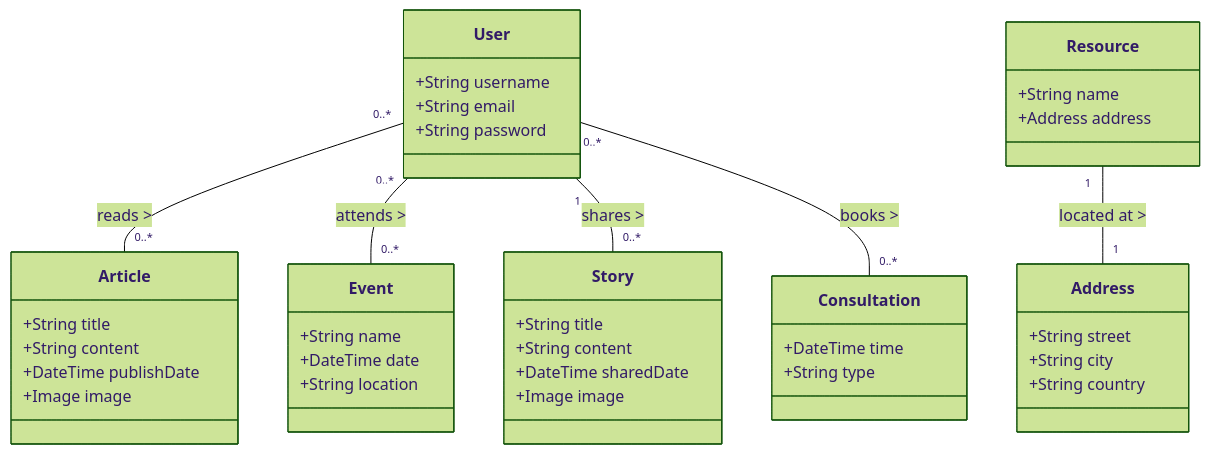
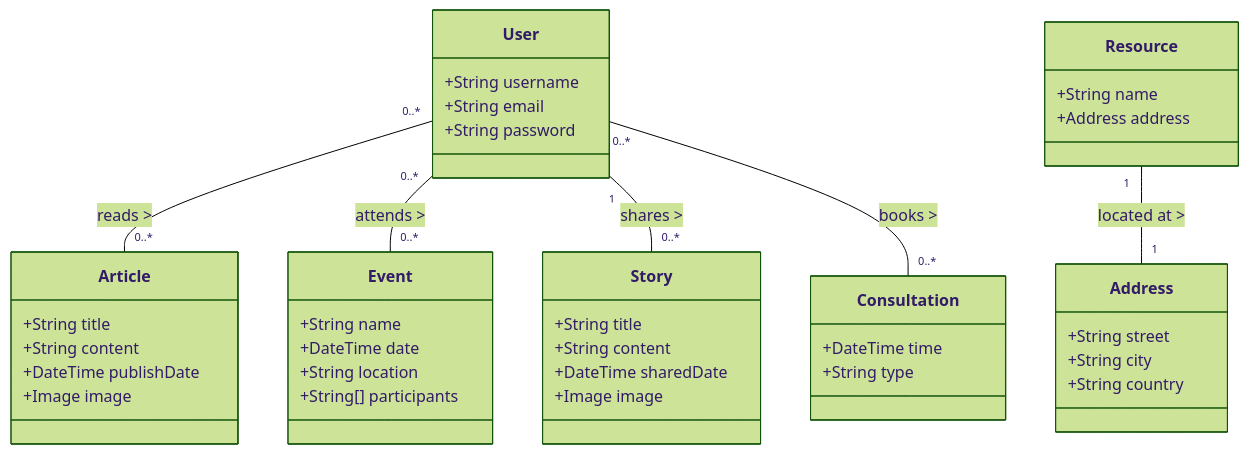
Before and after one commit to joey557/aidsbridge: the diagram in README.md, drawn with Mermaid (forest theme). The commit also changed 1 other file, not shown here.

Commit message:
filter account's events

````diff
--- a/README.md
+++ b/README.md
@@ -53,49 +53,50 @@
 ```mermaid
 ---
 Object Model for AIDBRIDGE platform
 ---
 classDiagram
     class User {
       +String username
       +String email
       +String password
     }
     class Article {
       +String title
       +String content
       +DateTime publishDate
       +Image image
     }
     class Event {
       +String name
       +DateTime date
       +String location
+      +String[] participants
     }
     class Resource {
       +String name
       +Address address
     }
     class Consultation {
       +DateTime time
       +String type
     }
     class Story {
       +String title
       +String content
       +DateTime sharedDate
       +Image image
     }
     class Address {
       +String street
       +String city
       +String country
     }
 
     User "0..*" -- "0..*" Article : reads >
     User "0..*" -- "0..*" Event : attends >
     User "1" -- "0..*" Story : shares >
     User "0..*" -- "0..*" Consultation : books >
     Resource "1" -- "1" Address : located at >
 
     
 ```
````
